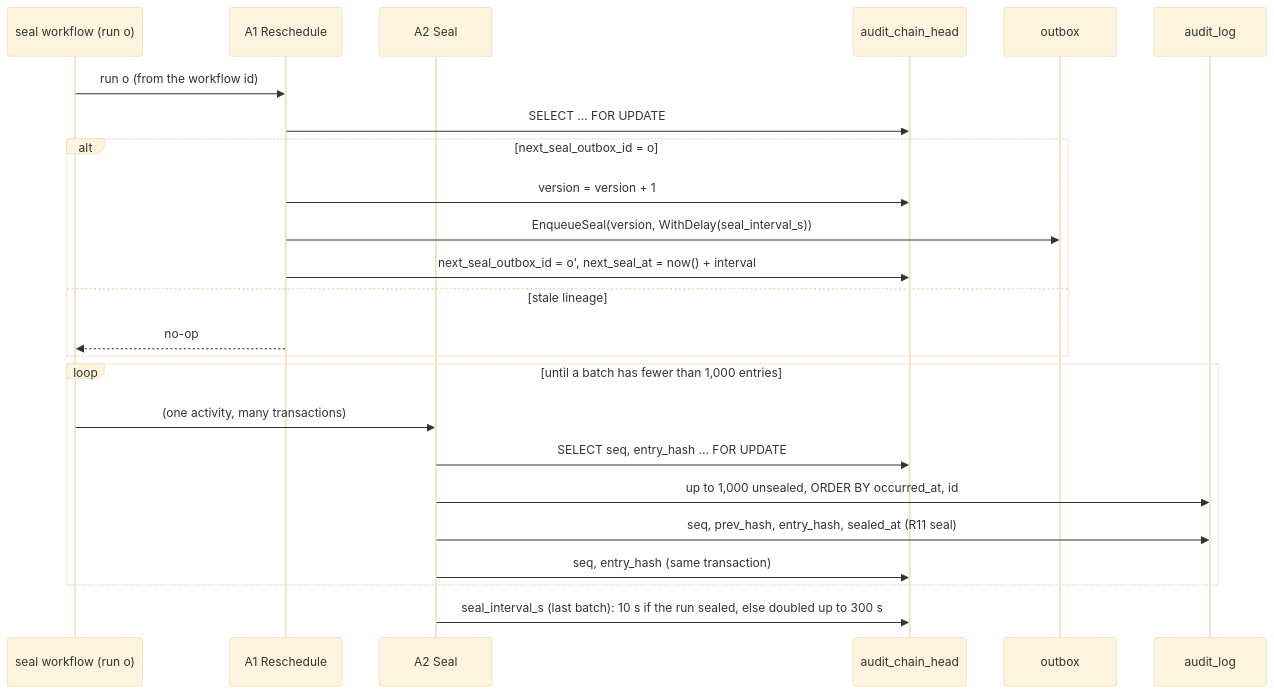
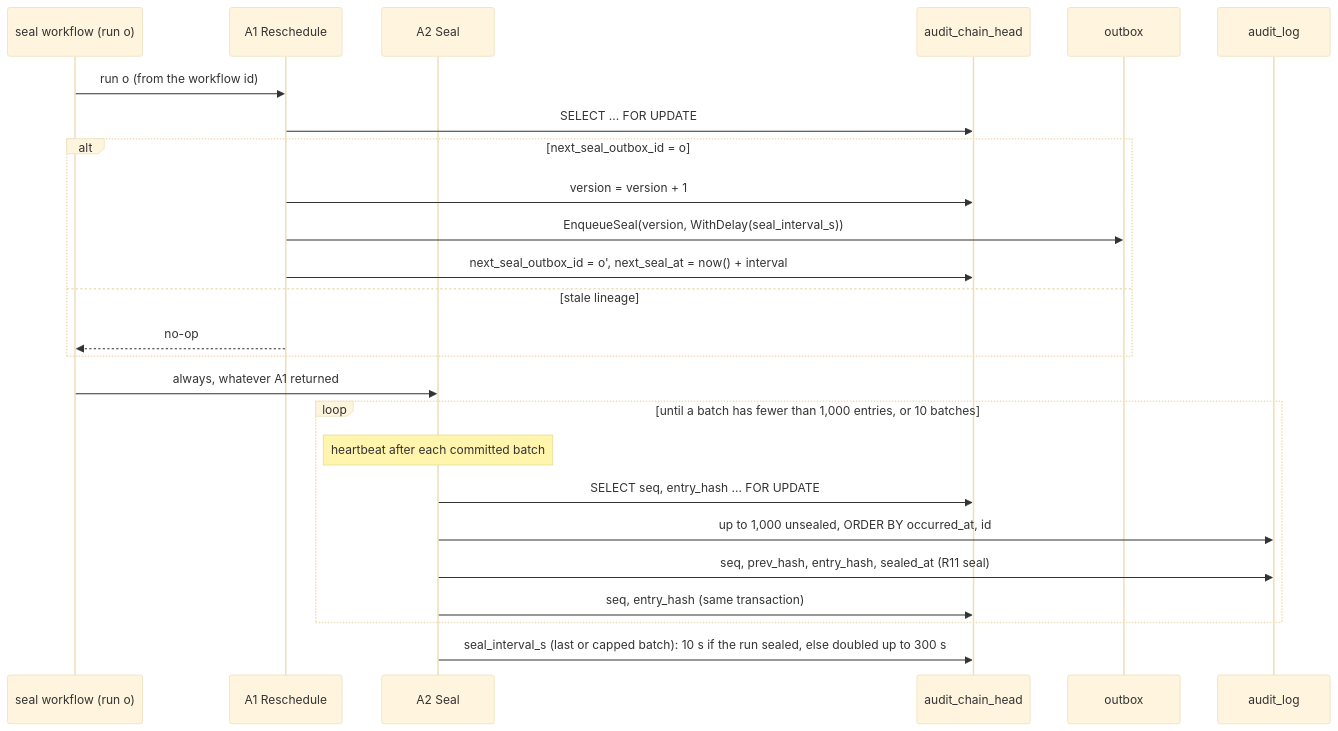
The diagram in docs/architecture/audit-sealer.md (Navaladi2019/TicketingSystem), drawn with Mermaid (base theme) before and after one commit. The commit also changed other lines of this file and 23 other files, not shown here.

````diff
--- a/docs/architecture/audit-sealer.md
+++ b/docs/architecture/audit-sealer.md
@@ -10,26 +10,27 @@
 ```mermaid
 sequenceDiagram
     participant W as seal workflow (run o)
     participant A1 as A1 Reschedule
     participant A2 as A2 Seal
     participant H as audit_chain_head
     participant O as outbox
     participant L as audit_log
     W->>A1: run o (from the workflow id)
     A1->>H: SELECT ... FOR UPDATE
     alt next_seal_outbox_id = o
         A1->>H: version = version + 1
         A1->>O: EnqueueSeal(version, WithDelay(seal_interval_s))
         A1->>H: next_seal_outbox_id = o', next_seal_at = now() + interval
     else stale lineage
         A1-->>W: no-op
     end
-    loop until a batch has fewer than 1,000 entries
-        W->>A2: (one activity, many transactions)
+    W->>A2: always, whatever A1 returned
+    loop until a batch has fewer than 1,000 entries, or 10 batches
+        Note over A2: heartbeat after each committed batch
         A2->>H: SELECT seq, entry_hash ... FOR UPDATE
         A2->>L: up to 1,000 unsealed, ORDER BY occurred_at, id
         A2->>L: seq, prev_hash, entry_hash, sealed_at (R11 seal)
         A2->>H: seq, entry_hash (same transaction)
     end
-    A2->>H: seal_interval_s (last batch): 10 s if the run sealed, else doubled up to 300 s
+    A2->>H: seal_interval_s (last or capped batch): 10 s if the run sealed, else doubled up to 300 s
 ```
````
